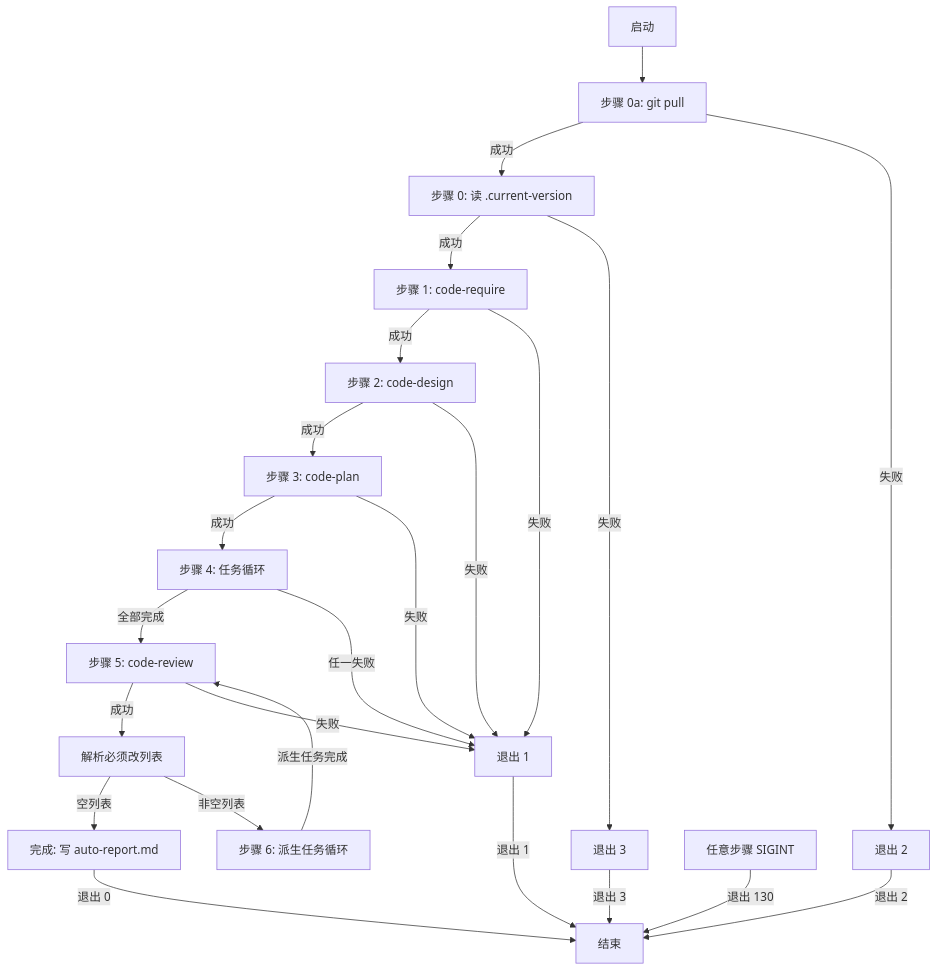
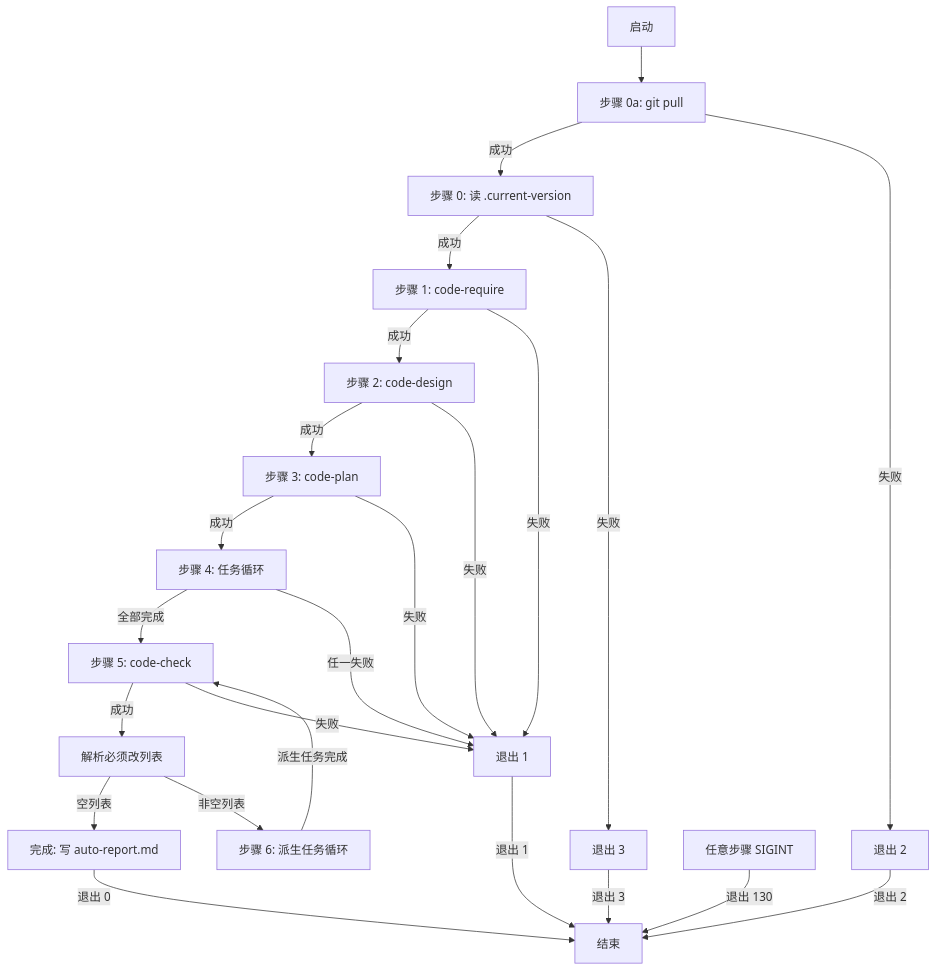
The diagram in plugins/code-skills/skills/code-auto/SKILL.md (wm123450405/code-skills), drawn with Mermaid before and after one commit. The commit also changed other lines of this file and 52 other files, not shown here.

````diff
--- a/plugins/code-skills/skills/code-auto/SKILL.md
+++ b/plugins/code-skills/skills/code-auto/SKILL.md
@@ -151,26 +151,26 @@
 ```mermaid
 graph TD
     A[启动] --> B[步骤 0a: git pull]
     B -->|成功| C[步骤 0: 读 .current-version]
     B -->|失败| EX1[退出 2]
     C -->|成功| D[步骤 1: code-require]
     C -->|失败| EX2[退出 3]
     D -->|成功| E[步骤 2: code-design]
     D -->|失败| EX_FAIL[退出 1]
     E -->|成功| F[步骤 3: code-plan]
     E -->|失败| EX_FAIL
     F -->|成功| G[步骤 4: 任务循环]
     F -->|失败| EX_FAIL
-    G -->|全部完成| H[步骤 5: code-review]
+    G -->|全部完成| H[步骤 5: code-check]
     G -->|任一失败| EX_FAIL
     H -->|成功| I[解析必须改列表]
     H -->|失败| EX_FAIL
     I -->|空列表| J[完成: 写 auto-report.md]
     I -->|非空列表| K[步骤 6: 派生任务循环]
     K -->|派生任务完成| H
     J -->|退出 0| END[结束]
     EX_FAIL -->|退出 1| END
     EX1 -->|退出 2| END
     EX2 -->|退出 3| END
     SIG[任意步骤 SIGINT] -->|退出 130| END
 ```
````
